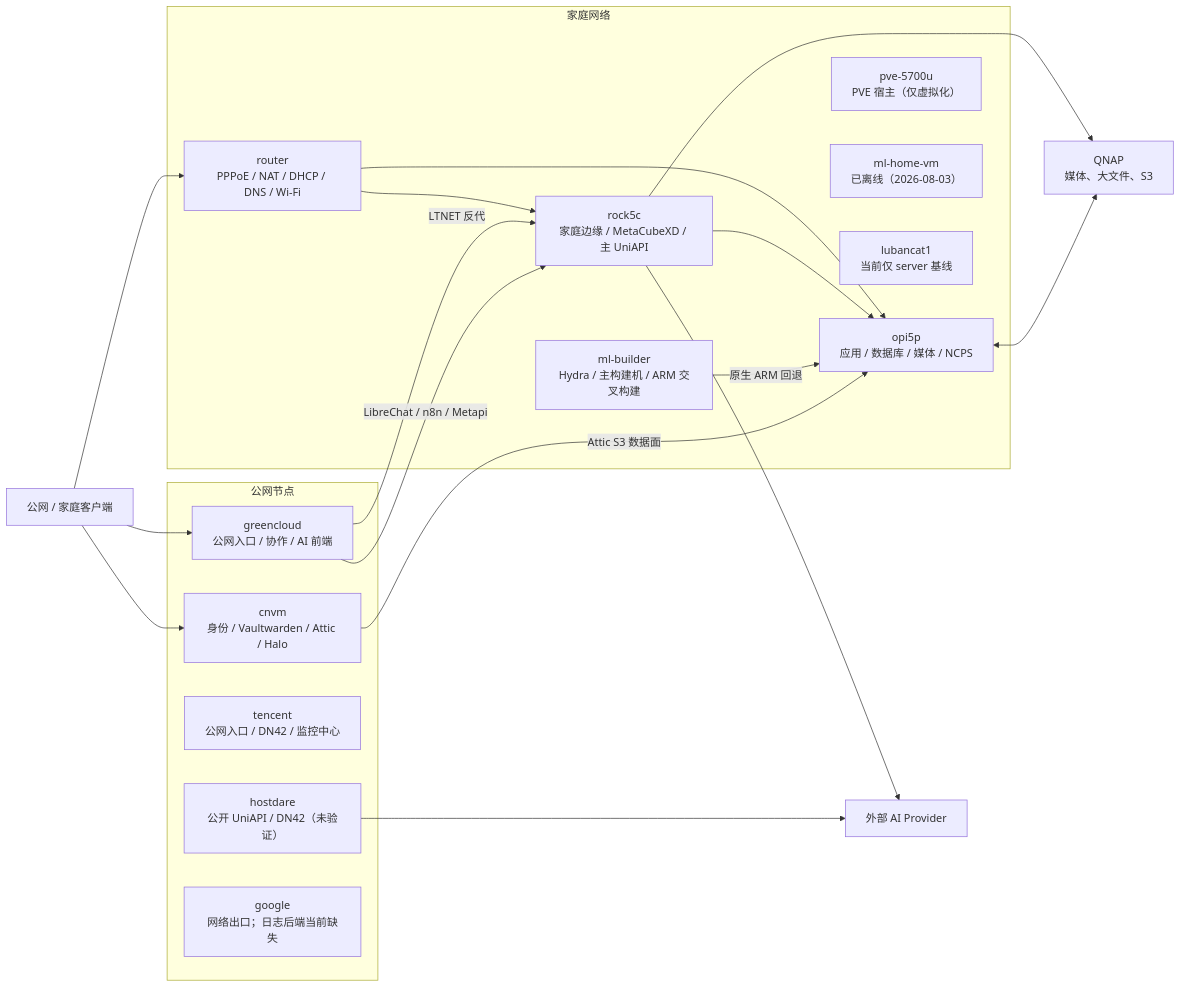
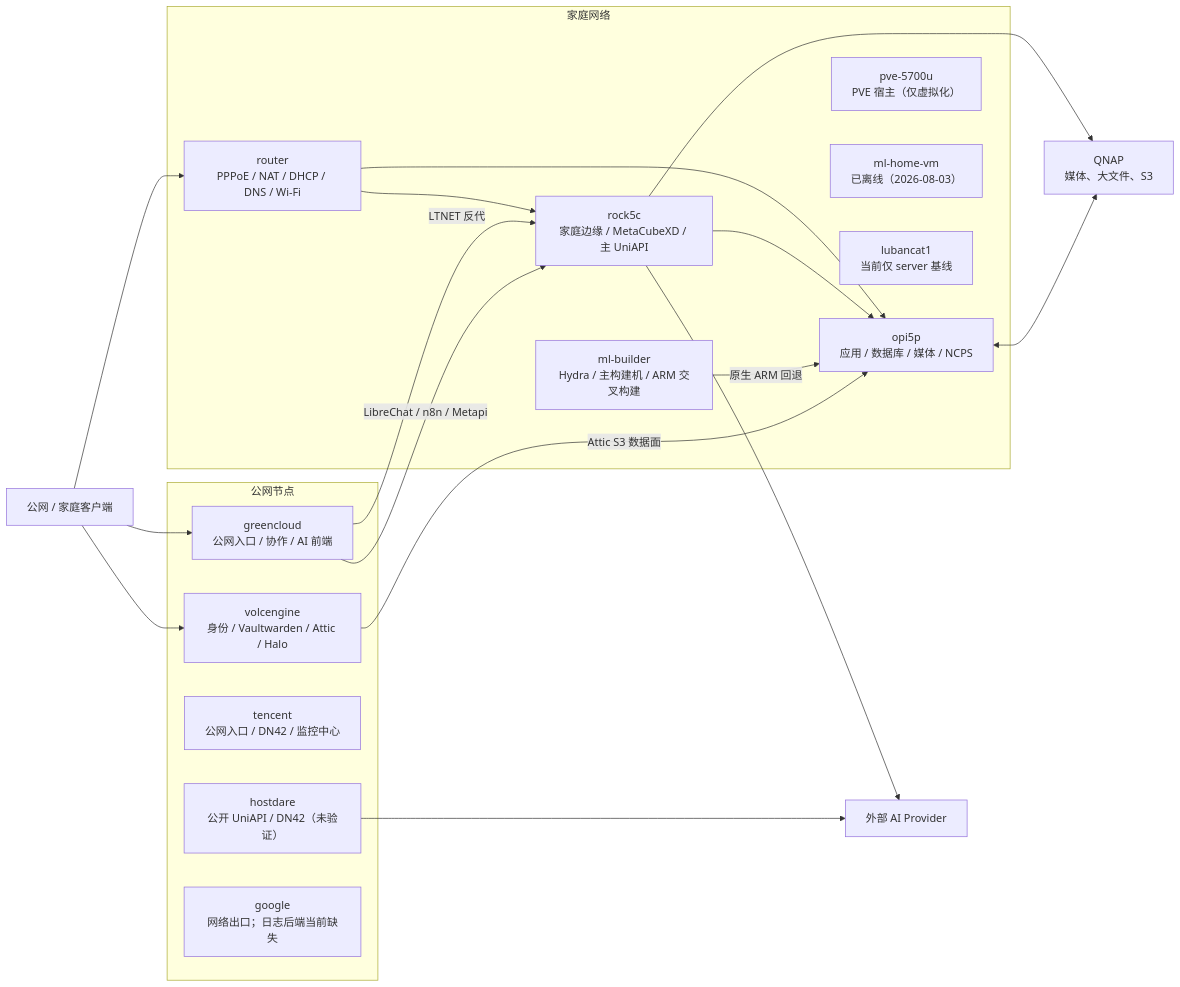
Before and after one commit to zhyiheihei/nixos-config: the diagram in docs/infrastructure/fleet-service-chain.md, drawn with Mermaid. The commit also changed other lines of this file and 32 other files, not shown here.

First line of the commit message:
refactor: rename host cnvm to volcengine

````diff
--- a/docs/infrastructure/fleet-service-chain.md
+++ b/docs/infrastructure/fleet-service-chain.md
@@ -20,39 +20,39 @@
 ```mermaid
 flowchart LR
   Client["公网 / 家庭客户端"]
   Provider["外部 AI Provider"]
   QNAP["QNAP\n媒体、大文件、S3"]
 
   subgraph Public["公网节点"]
-    CNVM["cnvm\n身份 / Vaultwarden / Attic / Halo"]
+    VOLCENGINE["volcengine\n身份 / Vaultwarden / Attic / Halo"]
     Colo["greencloud\n公网入口 / 协作 / AI 前端"]
     TENCENT["tencent\n公网入口 / DN42 / 监控中心"]
     HOSTDARE["hostdare\n公开 UniAPI / DN42（未验证）"]
     GOOGLE["google\n网络出口；日志后端当前缺失"]
   end
 
   subgraph Home["家庭网络"]
     Router["router\nPPPoE / NAT / DHCP / DNS / Wi-Fi"]
     Rock["rock5c\n家庭边缘 / MetaCubeXD / 主 UniAPI"]
     OPI["opi5p\n应用 / 数据库 / 媒体 / NCPS"]
     PVE["pve-5700u\nPVE 宿主（仅虚拟化）"]
     Builder["ml-builder\nHydra / 主构建机 / ARM 交叉构建"]
     OldVM["ml-home-vm\n已离线（2026-08-03）"]
     Luban["lubancat1\n当前仅 server 基线"]
   end
 
   Client --> Colo
-  Client --> CNVM
+  Client --> VOLCENGINE
   Client --> Router
   Router --> Rock
   Router --> OPI
   Colo -->|"LTNET 反代"| Rock
   Rock --> OPI
   Rock --> QNAP
   OPI <--> QNAP
   Colo -->|"LibreChat / n8n / Metapi"| Rock
   Rock --> Provider
   HOSTDARE --> Provider
   Builder -->|"原生 ARM 回退"| OPI
-  CNVM -->|"Attic S3 数据面"| OPI
+  VOLCENGINE -->|"Attic S3 数据面"| OPI
 ```
````
